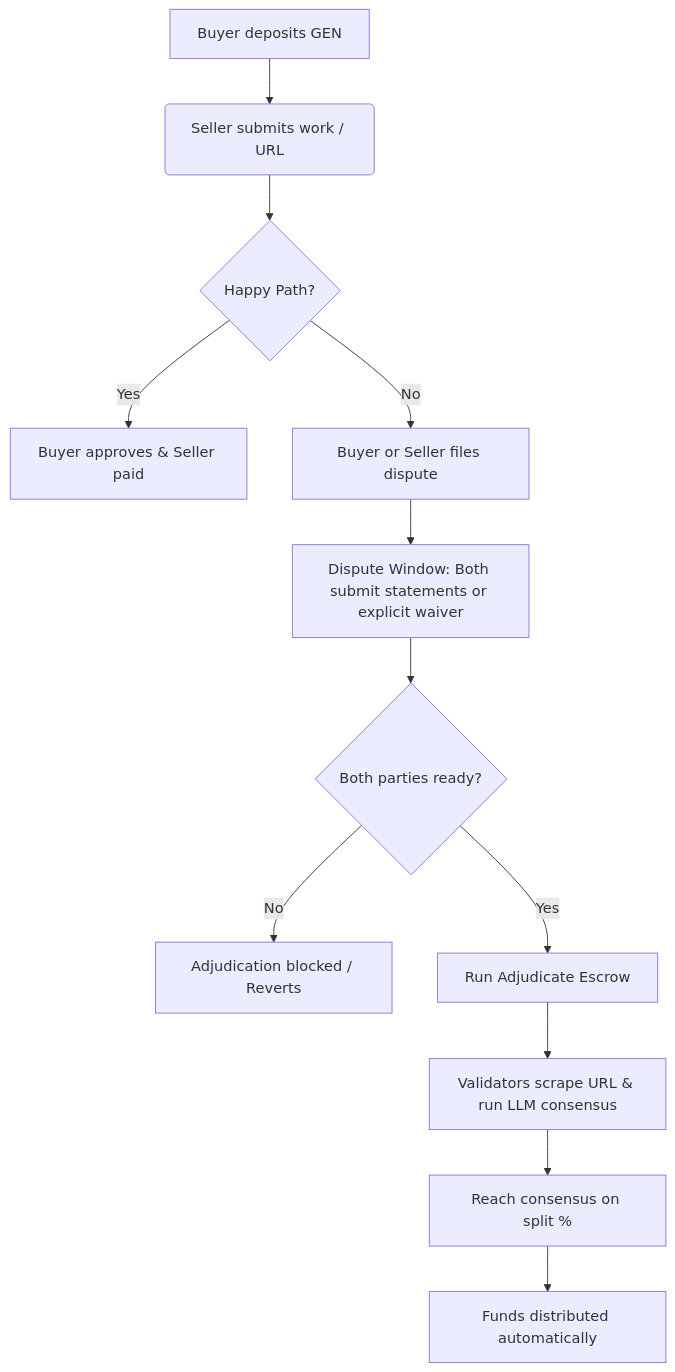
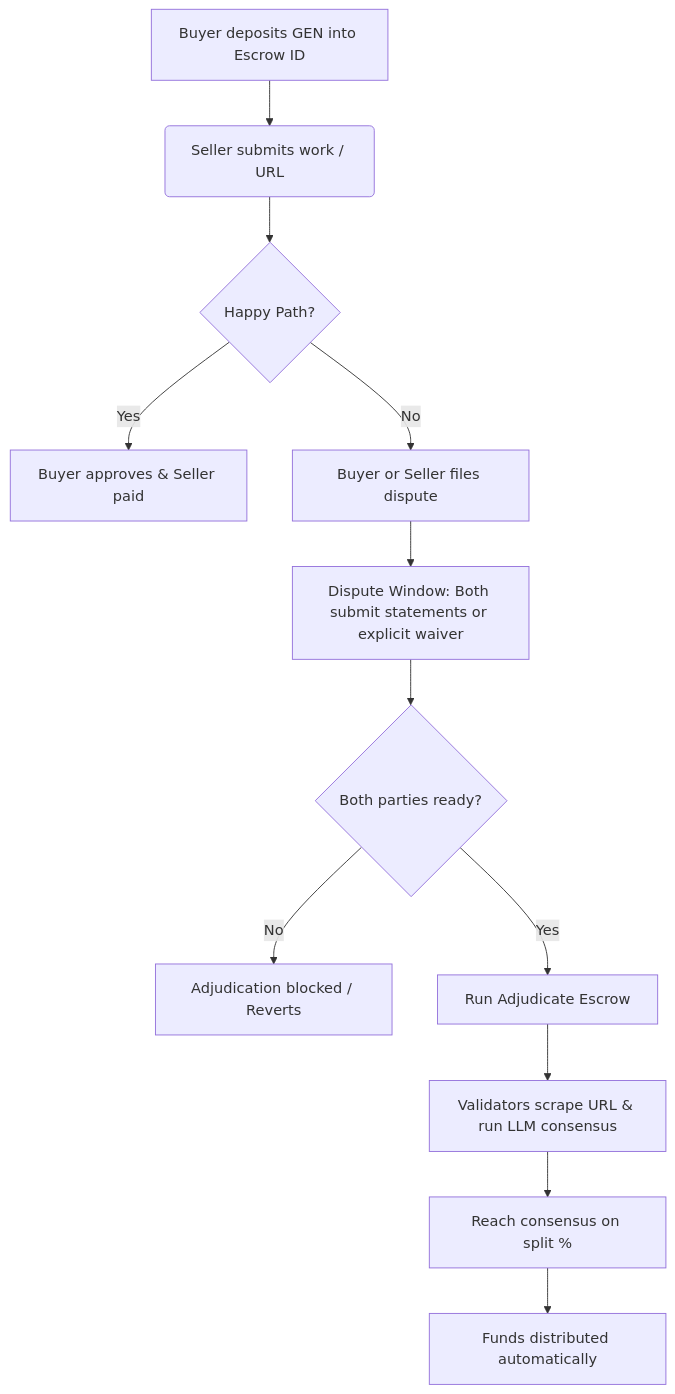
Before and after one commit to earnadvise/genlayer-escrow-dapp: the diagram in README.md, drawn with Mermaid. The commit also changed other lines of this file and 5 other files, not shown here.

````diff
--- a/README.md
+++ b/README.md
@@ -22,14 +25,14 @@
 ```mermaid
 graph TD
-    A[Buyer deposits GEN] --> B(Seller submits work / URL)
+    A[Buyer deposits GEN into Escrow ID] --> B(Seller submits work / URL)
     B --> C{Happy Path?}
     C -- Yes --> D[Buyer approves & Seller paid]
     C -- No --> E[Buyer or Seller files dispute]
     E --> F[Dispute Window: Both submit statements or explicit waiver]
     F --> G{Both parties ready?}
     G -- No --> H[Adjudication blocked / Reverts]
     G -- Yes --> I[Run Adjudicate Escrow]
     I --> J[Validators scrape URL & run LLM consensus]
     J --> K[Reach consensus on split %]
     K --> L[Funds distributed automatically]
 ```
````
